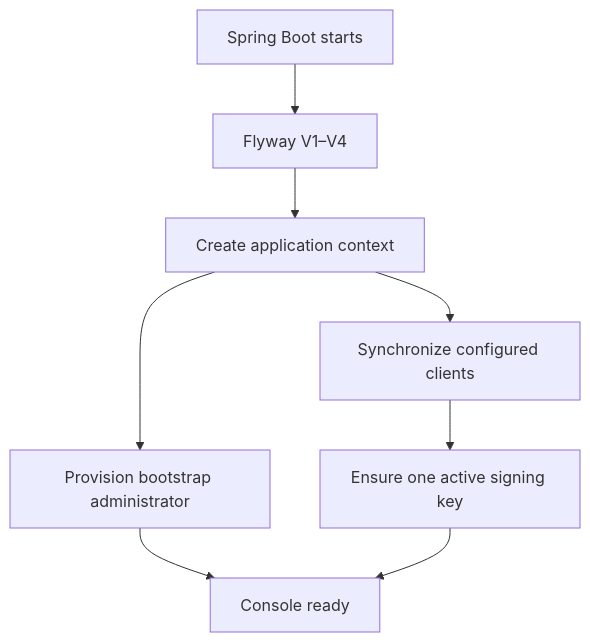
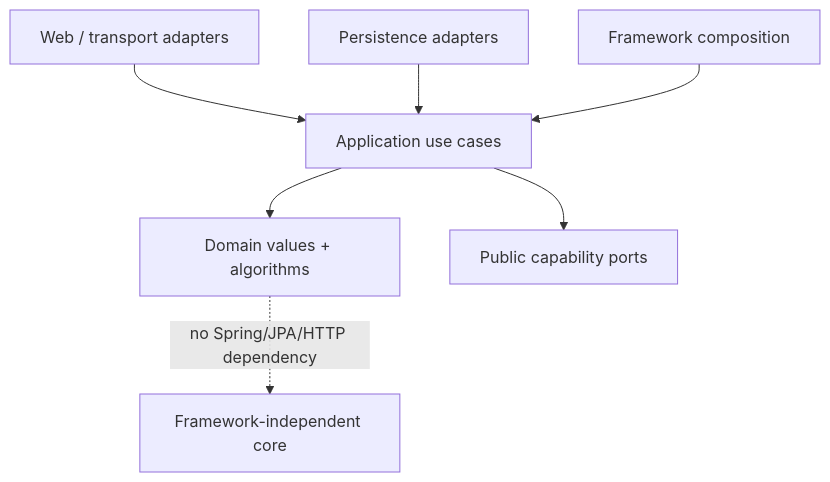
One commit to taskmigo/docs changed the second of 3 diagrams in content/versions/v0/developer/architecture.mdx. Above: the diagram before and after it, drawn with Mermaid. The commit also changed other lines of this file and 25 other files, not shown here.

````diff
--- a/content/versions/v0/developer/architecture.mdx
+++ b/content/versions/v0/developer/architecture.mdx
@@ -42,10 +73,9 @@
 ```mermaid
 flowchart TD
-  boot["Spring Boot starts"] --> flyway["Flyway V1–V4"]
-  flyway --> context["Create application context"]
-  context --> identity["Provision bootstrap administrator"]
-  context --> oauth["Synchronize configured clients"]
-  oauth --> key["Ensure one active signing key"]
-  identity --> ready["Console ready"]
-  key --> ready
+  web["Web / transport adapters"] --> application["Application use cases"]
+  persistence["Persistence adapters"] --> application
+  configuration["Framework composition"] --> application
+  application --> domain["Domain values + algorithms"]
+  application --> public["Public capability ports"]
+  domain -. "no Spring/JPA/HTTP dependency" .-> isolated["Framework-independent core"]
 ```
````
